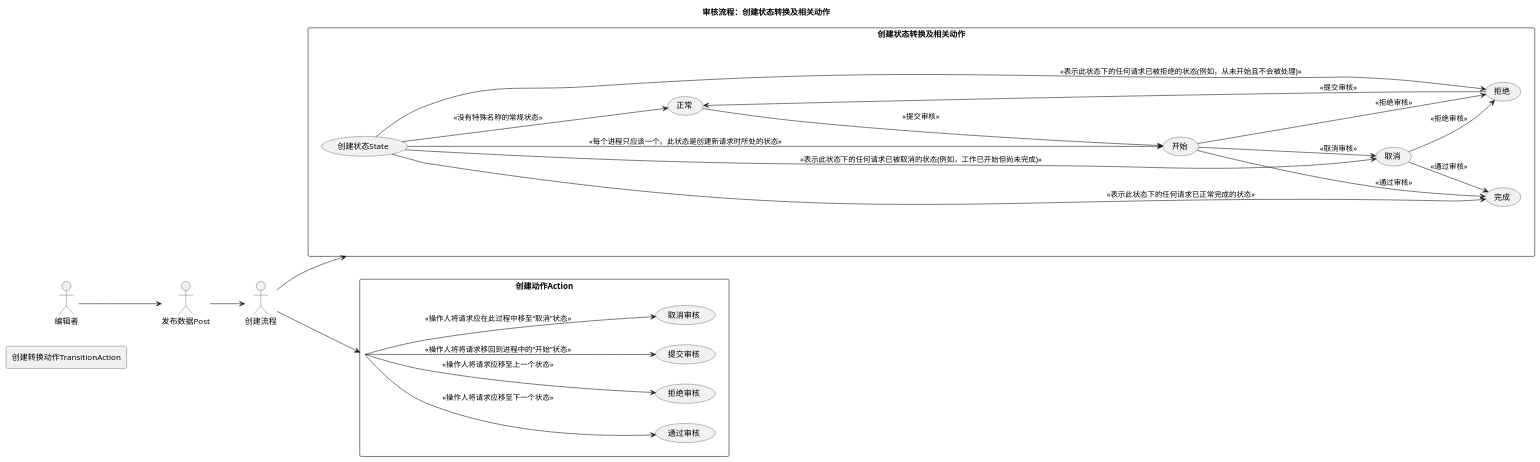
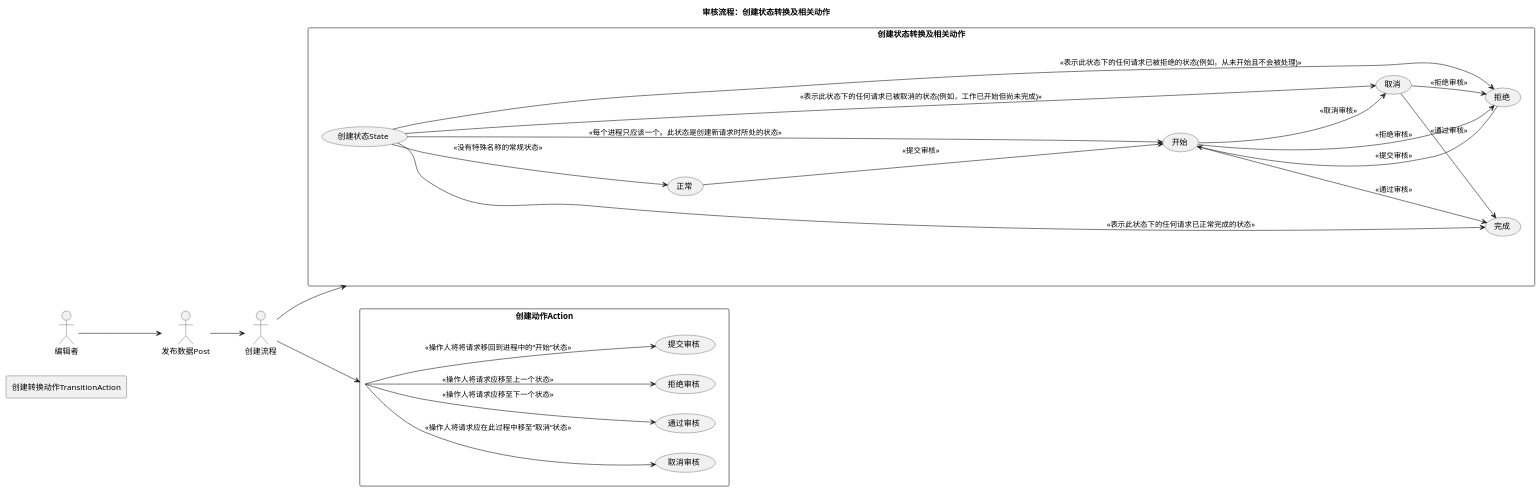
One commit to bukun/TorCMS changed the diagram in process_create.puml. Above: the diagram before and after it, drawn with PlantUML. The commit also changed 4 other files, not shown here.

```diff
--- a/process_create.puml
+++ b/process_create.puml
@@ -1,41 +1,41 @@
 @startuml
 'https://plantuml.com/sequence-diagram
 !pragma teoz true
 
 
 title 审核流程：创建状态转换及相关动作
 left to right direction
 
 
 编辑者 --> 发布数据Post
 发布数据Post --> 创建流程
 创建流程 --> (创建状态转换及相关动作)
 创建流程 --> (创建动作Action)
 
 rectangle 创建状态转换及相关动作{
     (创建状态State) --> (正常):<<没有特殊名称的常规状态>>
     (创建状态State) --> (开始):<<每个进程只应该一个。此状态是创建新请求时所处的状态>>
     (创建状态State) --> (完成):<<表示此状态下的任何请求已正常完成的状态>>
     (创建状态State) --> (取消):<<表示此状态下的任何请求已被取消的状态(例如，工作已开始但尚未完成)>>
     (创建状态State) --> (拒绝):<<表示此状态下的任何请求已被拒绝的状态(例如，从未开始且不会被处理)>>
 }
 
 rectangle 创建动作Action{
     (创建动作Action) --> (提交审核):<<操作人将将请求移回到进程中的“开始”状态>>
     (创建动作Action) --> (取消审核):<<操作人将请求应在此过程中移至“取消”状态>>
     (创建动作Action) --> (通过审核):<<操作人将请求应移至下一个状态>>
     (创建动作Action) --> (拒绝审核):<<操作人将请求应移至上一个状态>>
 }
 rectangle 创建转换动作TransitionAction{
     (正常) --> (开始):<<提交审核>>
     (开始) --> (取消):<<取消审核>>
     (开始) --> (拒绝):<<拒绝审核>>
     (开始) --> (完成):<<通过审核>>
     (取消) --> (拒绝):<<拒绝审核>>
     (取消) --> (完成):<<通过审核>>
-    (拒绝) --> (正常):<<提交审核>>
+    (拒绝) --> (开始):<<提交审核>>
 }
 
 
 
 @enduml
```
